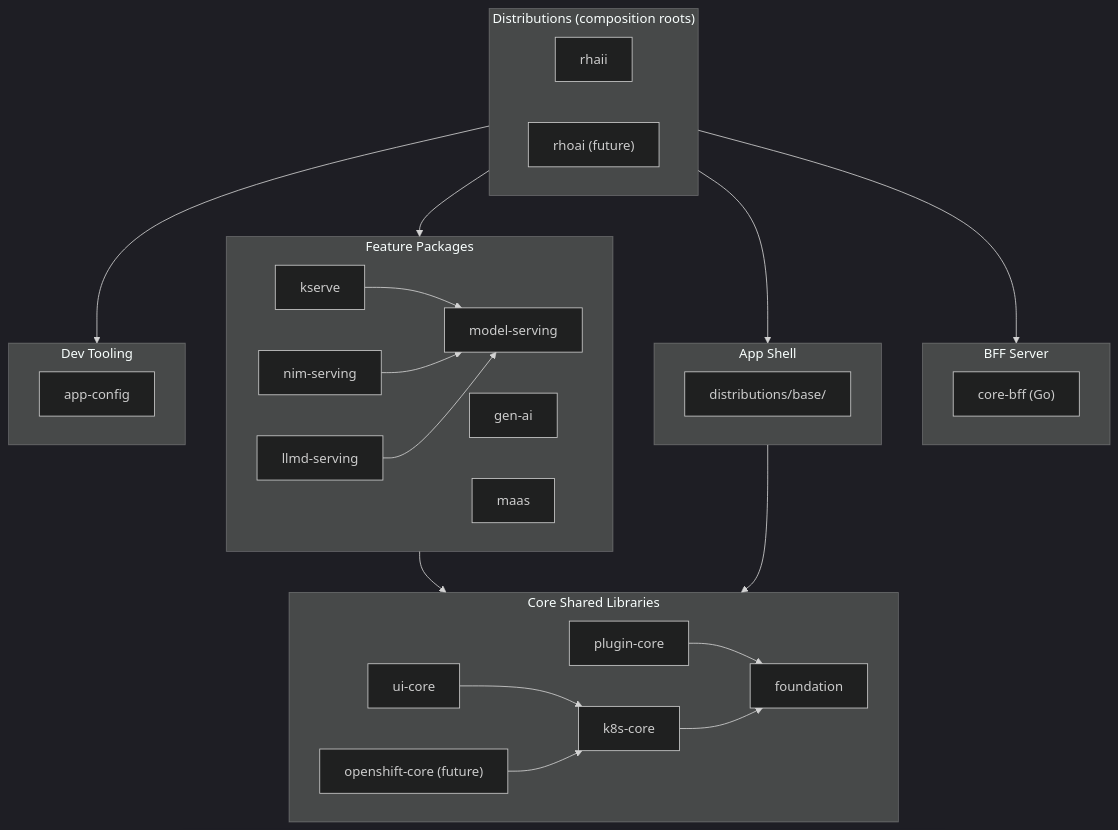
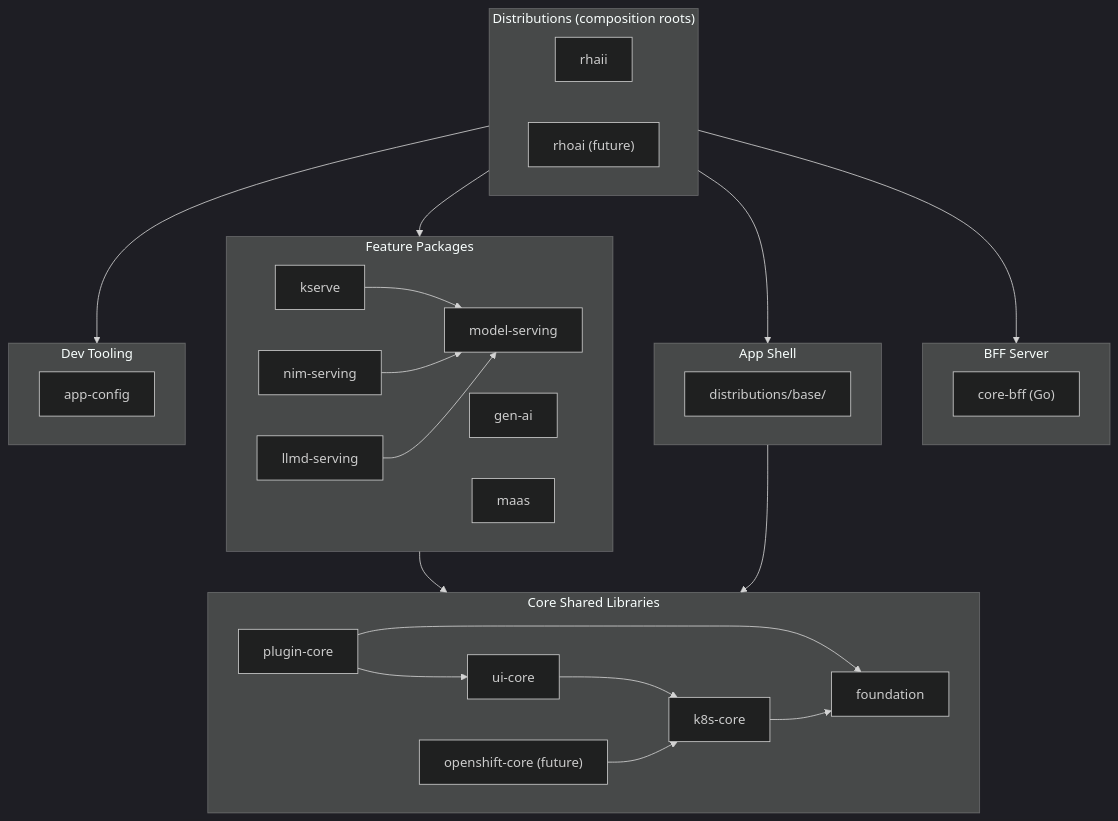
Before and after one commit to opendatahub-io/odh-dashboard: the first of 2 diagrams in docs/package-topology.md, drawn with Mermaid (dark theme). The commit also changed 8 other files, not shown here.

First line of the commit message:
refactor: move extension-backed hooks from ui-core to plugin-core

````diff
--- a/docs/package-topology.md
+++ b/docs/package-topology.md
@@ -27,42 +27,43 @@
 ```mermaid
 graph TD
     subgraph dist["Distributions (composition roots)"]
         rhaii["rhaii"]
         rhoai["rhoai (future)"]
     end
 
     subgraph bff["BFF Server"]
         corebff["core-bff (Go)"]
     end
 
     subgraph shell["App Shell"]
         base["distributions/base/"]
     end
 
     subgraph features["Feature Packages"]
         ms["model-serving"]
         kserve["kserve"] --> ms
         nim["nim-serving"] --> ms
         llmd["llmd-serving"] --> ms
         genai["gen-ai"]
         maas["maas"]
     end
 
     subgraph core["Core Shared Libraries"]
         uicore["ui-core"] --> k8score["k8s-core"]
-        plugincore["plugin-core"] --> foundation["foundation"]
+        plugincore["plugin-core"] --> uicore
+        plugincore --> foundation["foundation"]
         occore["openshift-core (future)"] --> k8score
         k8score --> foundation
     end
 
     subgraph devtooling["Dev Tooling"]
         appconfig["app-config"]
     end
 
     dist --> bff
     dist --> shell
     dist --> features
     dist --> devtooling
     features --> core
     shell --> core
 ```
````
